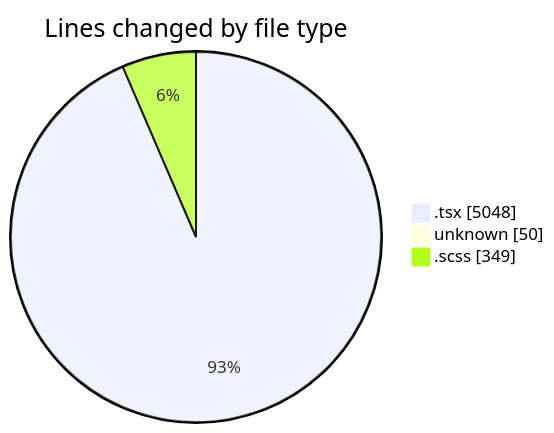
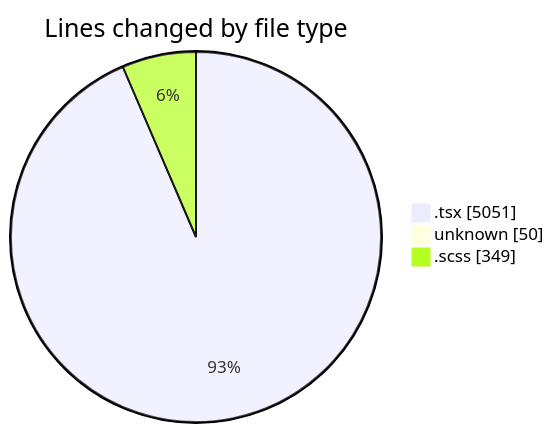
One commit to momahboobian/code-tracking changed the first of 2 diagrams in 2025-12-05/cda/README.md. Above: the diagram before and after it, drawn with Mermaid. The commit also changed other lines of this file and 1 other file, not shown here.

````diff
--- a/2025-12-05/cda/README.md
+++ b/2025-12-05/cda/README.md
@@ -30,7 +30,7 @@
 ```mermaid
 pie showData
 title Lines changed by file type
-".tsx" : 5048
+".tsx" : 5051
 "unknown" : 50
 ".scss" : 349
 ```
````
